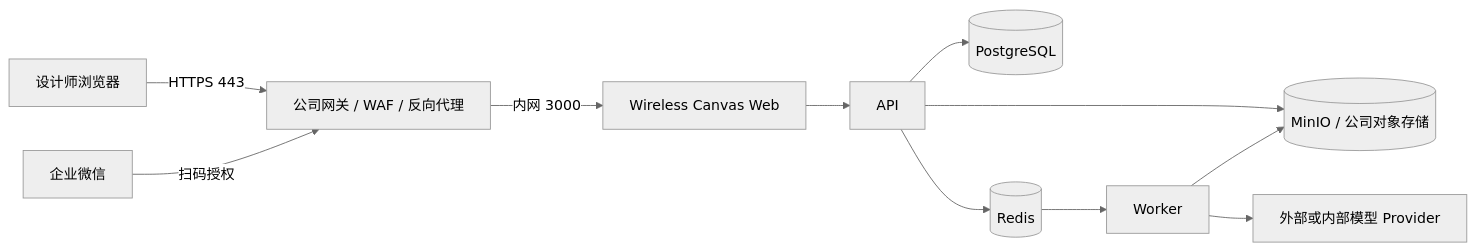
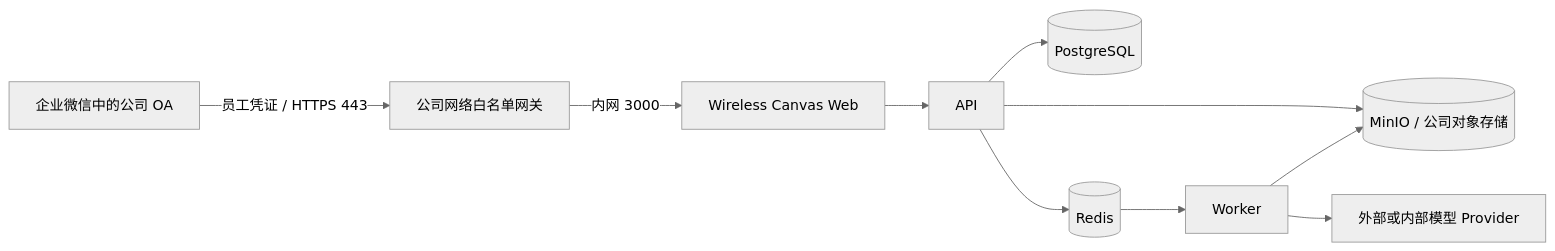
Before and after one commit to Jizhidemu52/Vincent-s-Canvas: the diagram in docs/manual/production-deployment.md, drawn with Mermaid (neutral theme). The commit also changed other lines of this file and 102 other files, not shown here.

````diff
--- a/docs/manual/production-deployment.md
+++ b/docs/manual/production-deployment.md
@@ -11,13 +11,12 @@
 ```mermaid
 flowchart LR
-    U[设计师浏览器] -->|HTTPS 443| G[公司网关 / WAF / 反向代理]
-    W[企业微信] -->|扫码授权| G
+    U[企业微信中的公司 OA] -->|员工凭证 / HTTPS 443| G[公司网络白名单网关]
     G -->|内网 3000| WEB[Wireless Canvas Web]
     WEB --> API[API]
     API --> PG[(PostgreSQL)]
     API --> R[(Redis)]
     API --> S[(MinIO / 公司对象存储)]
     R --> WK[Worker]
     WK --> S
     WK --> P[外部或内部模型 Provider]
 ```
````
